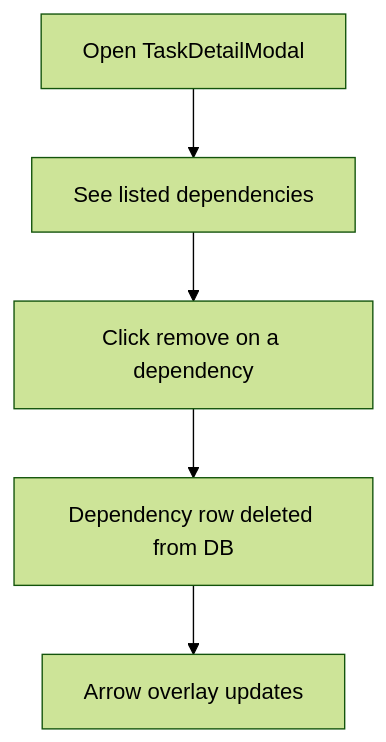
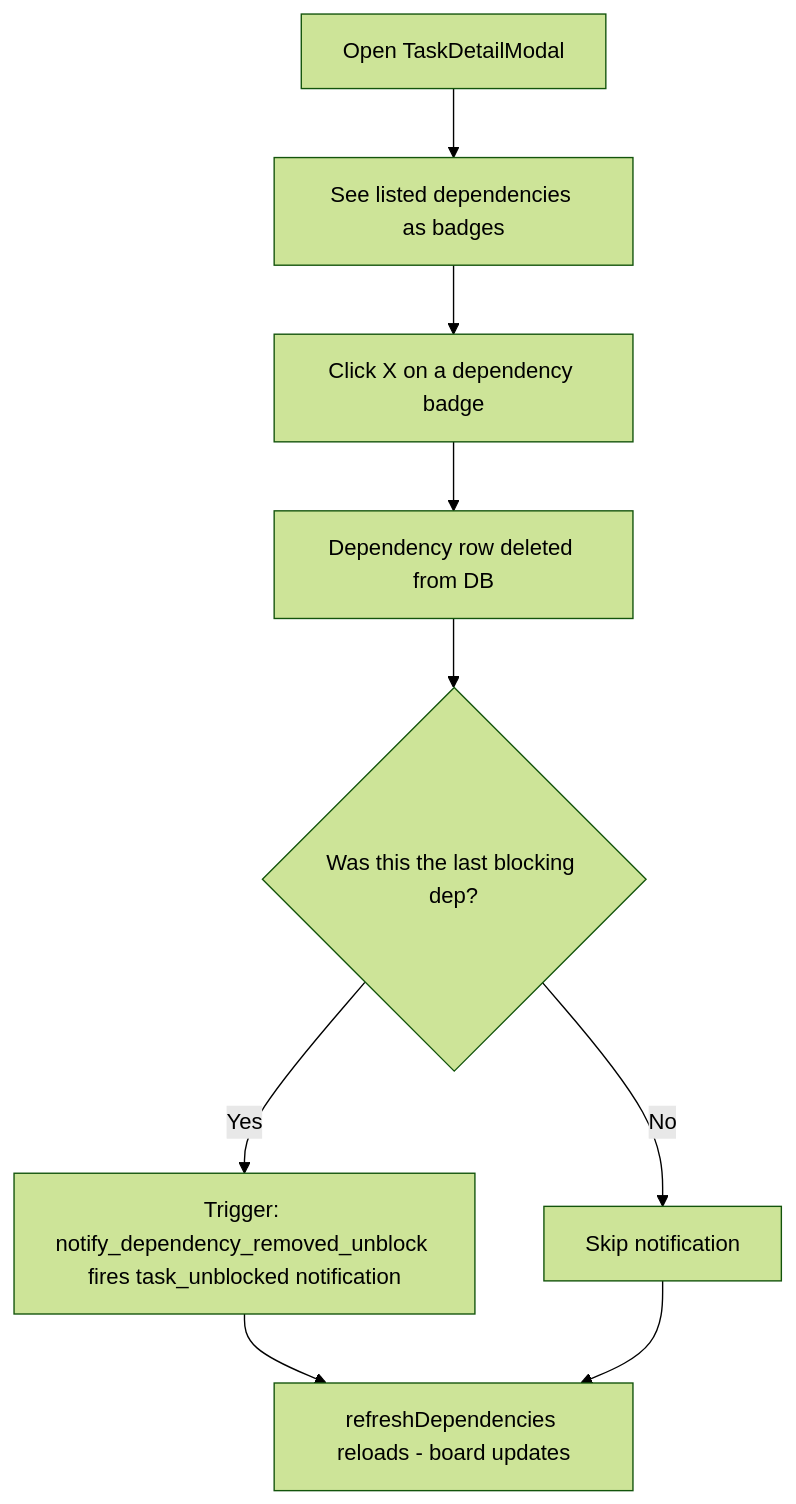
Diagram 16 of 31 in userflow.md (PrakritOjha/flowlink-tasks), drawn with Mermaid (forest theme) before and after one commit. The commit also changed other lines of this file and 4 other files, not shown here.

First line of the commit message:
feat: Update user flow documentation with detailed steps for account creation, sign in, and board management

````diff
--- a/userflow.md
+++ b/userflow.md
@@ -150,7 +244,11 @@
 ```mermaid
 flowchart TD
-    A[Open TaskDetailModal] --> B[See listed dependencies]
-    B --> C[Click remove on a dependency]
+    A[Open TaskDetailModal] --> B[See listed dependencies as badges]
+    B --> C[Click X on a dependency badge]
     C --> D[Dependency row deleted from DB]
-    D --> E[Arrow overlay updates]
+    D --> E{Was this the last blocking dep?}
+    E -- Yes --> F[Trigger: notify_dependency_removed_unblock fires task_unblocked notification]
+    E -- No --> G[Skip notification]
+    F --> H[refreshDependencies reloads - board updates]
+    G --> H
 ```
````
